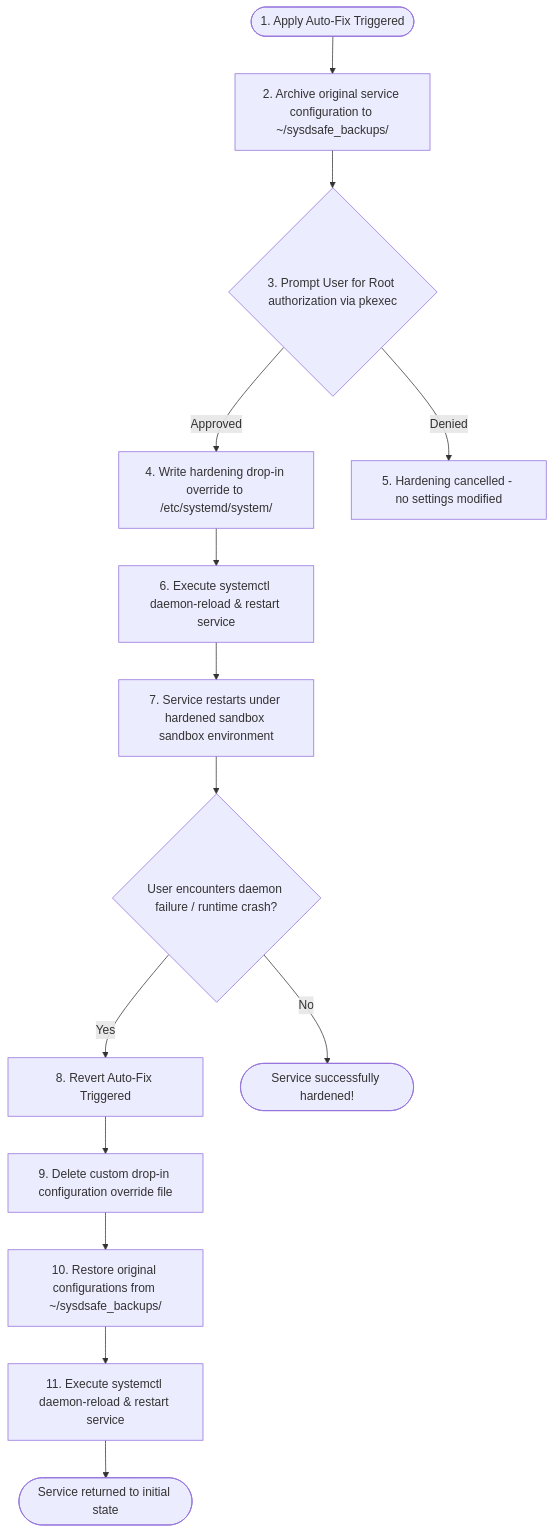
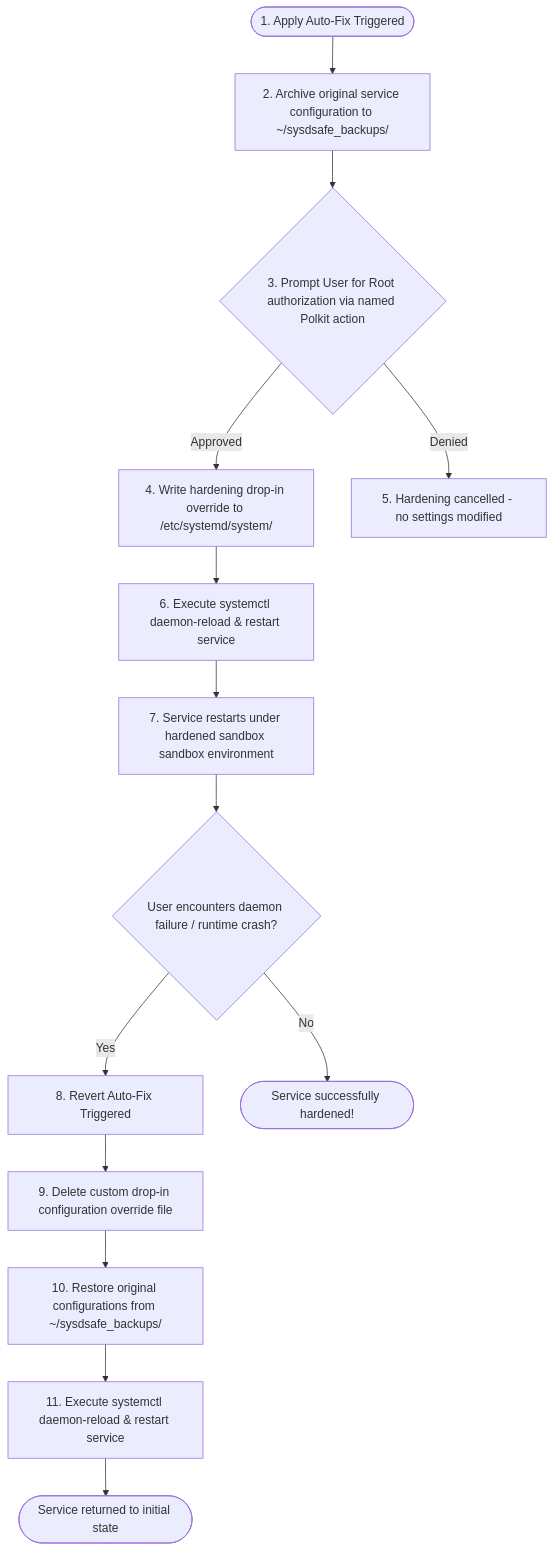
The first of 2 diagrams in docs/USER_GUIDE.md (TaliskerMan/SysdSafe), drawn with Mermaid before and after one commit. The commit also changed other lines of this file and 13 other files, not shown here.

````diff
--- a/docs/USER_GUIDE.md
+++ b/docs/USER_GUIDE.md
@@ -58,17 +58,17 @@
 ```mermaid
 graph TD
     Start([1. Apply Auto-Fix Triggered]) --> Backup[2. Archive original service configuration to ~/sysdsafe_backups/]
-    Backup --> Polkit{3. Prompt User for Root authorization via pkexec}
+    Backup --> Polkit{3. Prompt User for Root authorization via named Polkit action}
     Polkit -- Approved --> WriteDropIn[4. Write hardening drop-in override to /etc/systemd/system/]
     Polkit -- Denied --> Abort[5. Hardening cancelled - no settings modified]
     WriteDropIn --> Reload[6. Execute systemctl daemon-reload & restart service]
     Reload --> Verify[7. Service restarts under hardened sandbox sandbox environment]
     
     Verify --> IssueFound{User encounters daemon failure / runtime crash?}
     IssueFound -- Yes --> Revert[8. Revert Auto-Fix Triggered]
     IssueFound -- No --> Success([Service successfully hardened!])
     Revert --> Restore[9. Delete custom drop-in configuration override file]
     Restore --> RestoreBackup[10. Restore original configurations from ~/sysdsafe_backups/]
     RestoreBackup --> Reload2[11. Execute systemctl daemon-reload & restart service]
     Reload2 --> NormalState([Service returned to initial state])
 ```
````
